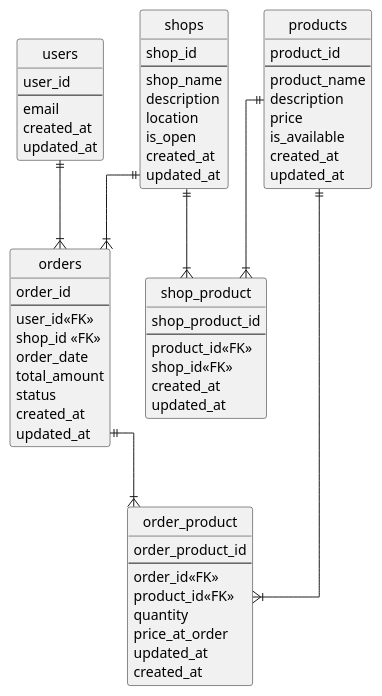
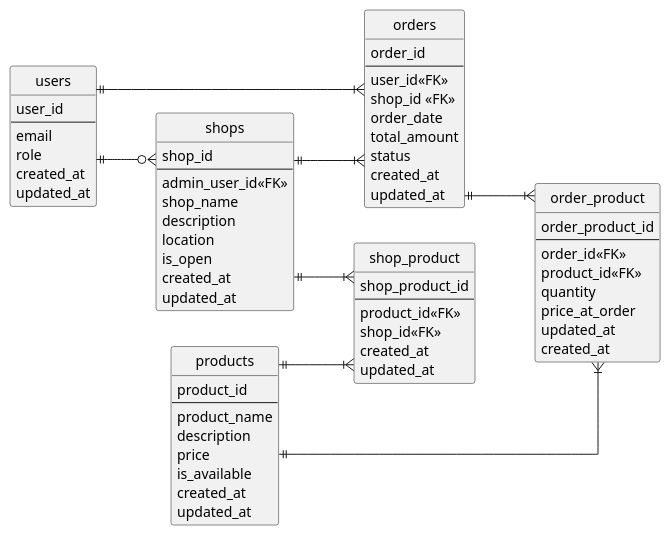
One commit to yamada-mikiya/A4-mobileorder changed the diagram in backend/diagram.puml. Above: the diagram before and after it, drawn with PlantUML. The commit also changed 34 other files, not shown here.

```diff
--- a/backend/diagram.puml
+++ b/backend/diagram.puml
@@ -1,76 +1,80 @@
 @startuml mobileorder
 ' hide the spot
 hide circle
 
 ' avoid problems with angled crows feet
 skinparam linetype ortho
+left to right direction
 
 entity "users" as users {
   user_id
   --
   email
+  role
   created_at
   updated_at
 }
 
 entity "orders" as orders {
   order_id
   --
   user_id<<FK>>
   shop_id <<FK>>
   order_date
   total_amount
   status
   created_at
   updated_at
 }
 
 entity "order_product" as order_product {
   order_product_id
   --
   order_id<<FK>>
   product_id<<FK>>
   quantity
   price_at_order
   updated_at
   created_at
 }
 
 entity "products" as products {
   product_id
   --
   product_name
   description
   price
   is_available
   created_at
   updated_at
 }
 
 entity "shop_product" as shop_product {
   shop_product_id
   --
   product_id<<FK>>
   shop_id<<FK>>
   created_at
   updated_at
 }
 
 entity "shops" as shops {
   shop_id
   --
+  admin_user_id<<FK>>
   shop_name
   description
   location
   is_open
   created_at
   updated_at
 }
 
+users ||--o{ shops
 users ||--|{ orders
 orders ||--|{ order_product
 products ||--|{ order_product
 products ||--|{ shop_product
 shops ||--|{ shop_product
 shops ||--|{ orders
 @enduml
```
